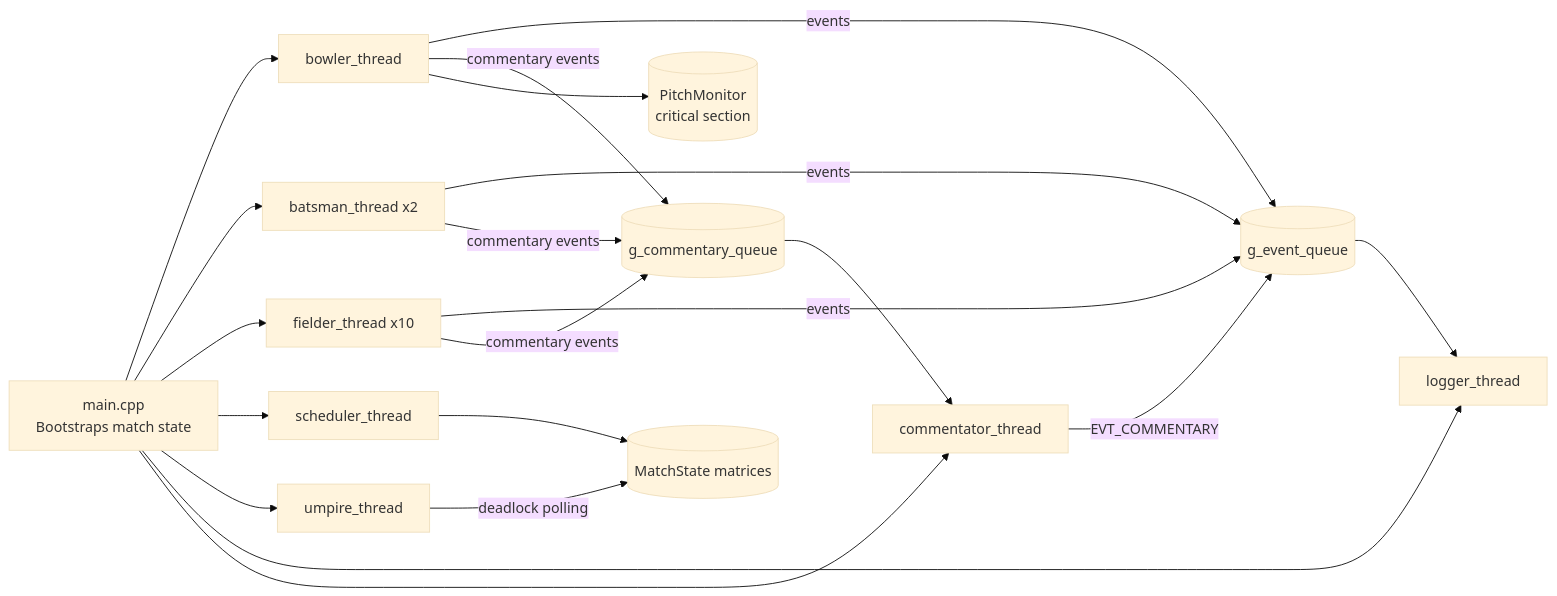
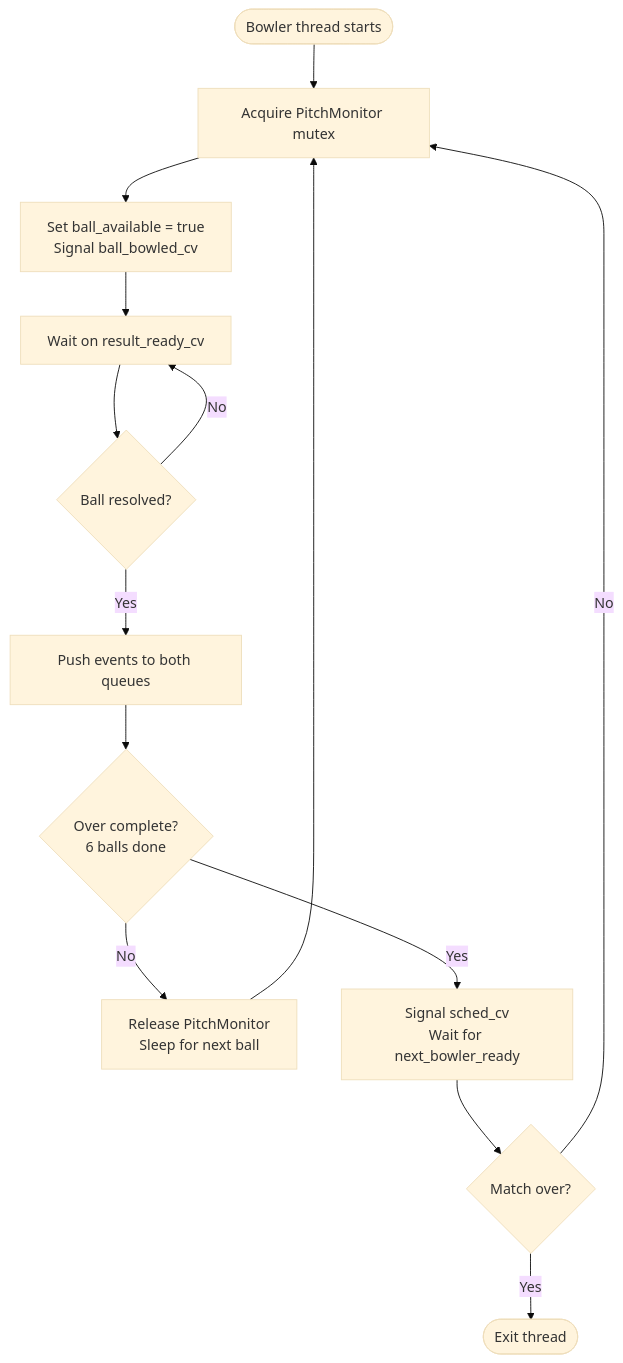
One commit to migikun474/multithreaded-t20-worldcup-simulator changed the second of 10 diagrams in multithreaded-Cricket_WC_simulater-main/README.md. Above: the diagram before and after it, drawn with Mermaid (base theme). The commit also changed other lines of this file, not shown here.

````diff
--- a/multithreaded-Cricket_WC_simulater-main/README.md
+++ b/multithreaded-Cricket_WC_simulater-main/README.md
@@ -40,26 +155,16 @@
 ```mermaid
-flowchart LR
-    M[main.cpp\nBootstraps match state] --> B[bowler_thread]
-    M --> BA[batsman_thread x2]
-    M --> F[fielder_thread x10]
-    M --> S[scheduler_thread]
-    M --> U[umpire_thread]
-    M --> L[logger_thread]
-    M --> C[commentator_thread]
-
-    B -->|events| EQ[(g_event_queue)]
-    BA -->|events| EQ
-    F -->|events| EQ
-
-    B -->|commentary events| CQ[(g_commentary_queue)]
-    BA -->|commentary events| CQ
-    F -->|commentary events| CQ
-
-    CQ --> C
-    C -->|EVT_COMMENTARY| EQ
-    EQ --> L
-
-    U -->|deadlock polling| MS[(MatchState matrices)]
-    S --> MS
-    B --> PM[(PitchMonitor\ncritical section)]
+flowchart TD
+    A([Bowler thread starts]) --> B[Acquire PitchMonitor mutex]
+    B --> C[Set ball_available = true\nSignal ball_bowled_cv]
+    C --> D[Wait on result_ready_cv]
+    D --> E{Ball resolved?}
+    E -->|No| D
+    E -->|Yes| F[Push events to both queues]
+    F --> G{Over complete?\n6 balls done}
+    G -->|No| H[Release PitchMonitor\nSleep for next ball]
+    H --> B
+    G -->|Yes| I[Signal sched_cv\nWait for next_bowler_ready]
+    I --> J{Match over?}
+    J -->|No| B
+    J -->|Yes| K([Exit thread])
 ```
````
